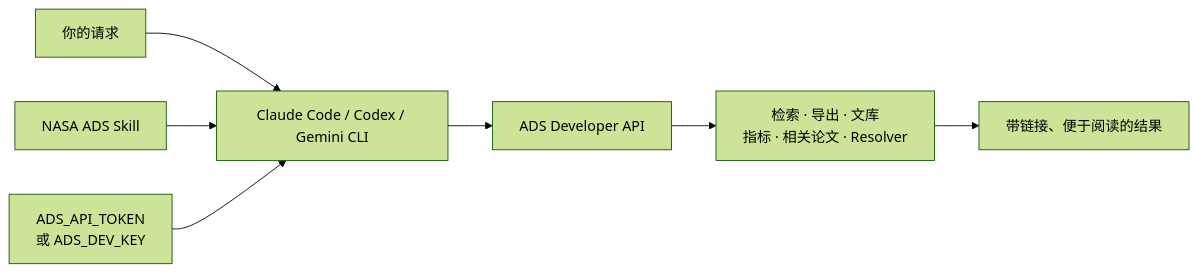
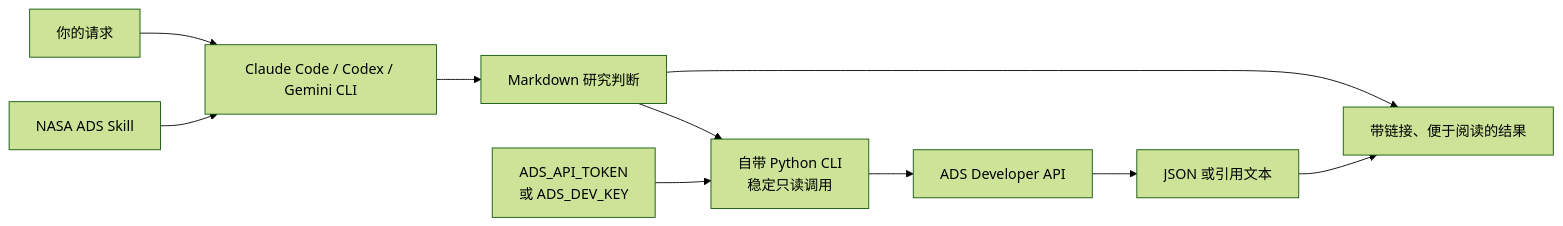
One commit to SukiYume/nasa-ads-skill changed the diagram in README.zh-CN.md. Above: the diagram before and after it, drawn with Mermaid (forest theme). The commit also changed other lines of this file and 14 other files, not shown here.

Commit message:
feat: add bundled NASA ADS API CLI

````diff
--- a/README.zh-CN.md
+++ b/README.zh-CN.md
@@ -57,9 +59,12 @@
 ```mermaid
 flowchart LR
     A["你的请求"] --> B["Claude Code / Codex / Gemini CLI"]
     S["NASA ADS Skill"] --> B
-    T["ADS_API_TOKEN<br/>或 ADS_DEV_KEY"] --> B
-    B --> C["ADS Developer API"]
-    C --> D["检索 · 导出 · 文库<br/>指标 · 相关论文 · Resolver"]
-    D --> E["带链接、便于阅读的结果"]
+    B --> M["Markdown 研究判断"]
+    M --> P["自带 Python CLI<br/>稳定只读调用"]
+    T["ADS_API_TOKEN<br/>或 ADS_DEV_KEY"] --> P
+    P --> C["ADS Developer API"]
+    C --> D["JSON 或引用文本"]
+    M --> E["带链接、便于阅读的结果"]
+    D --> E
 ```
````
